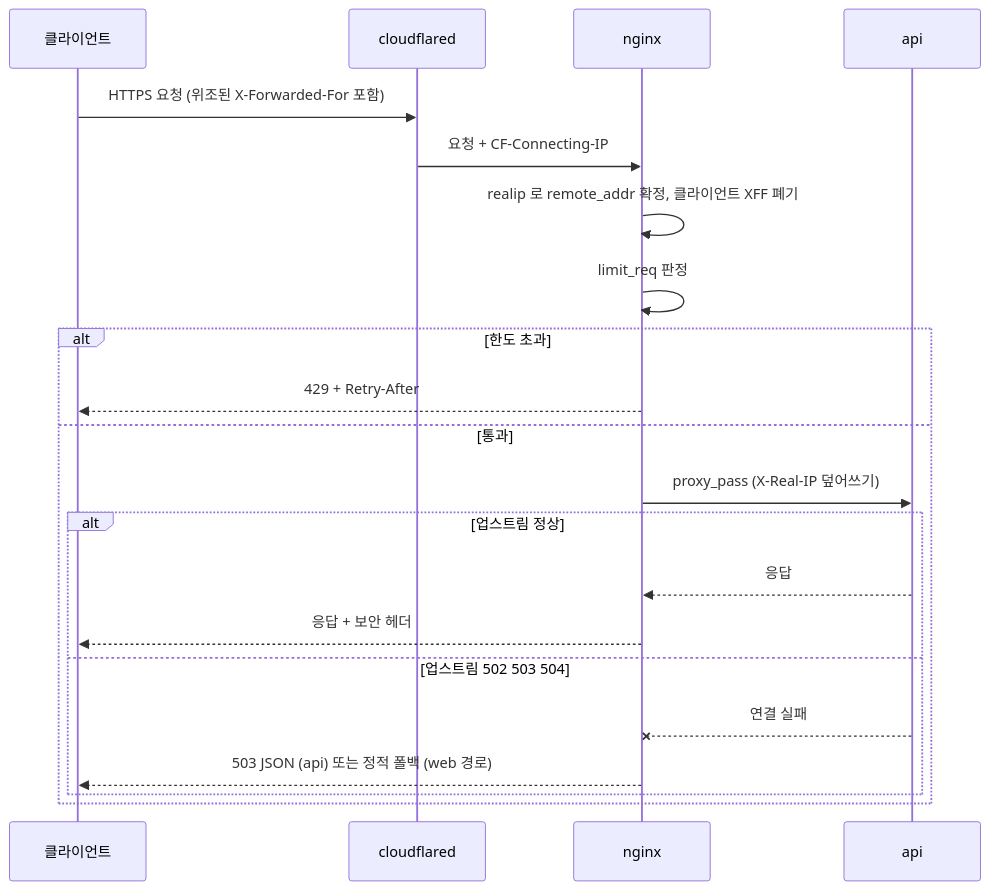
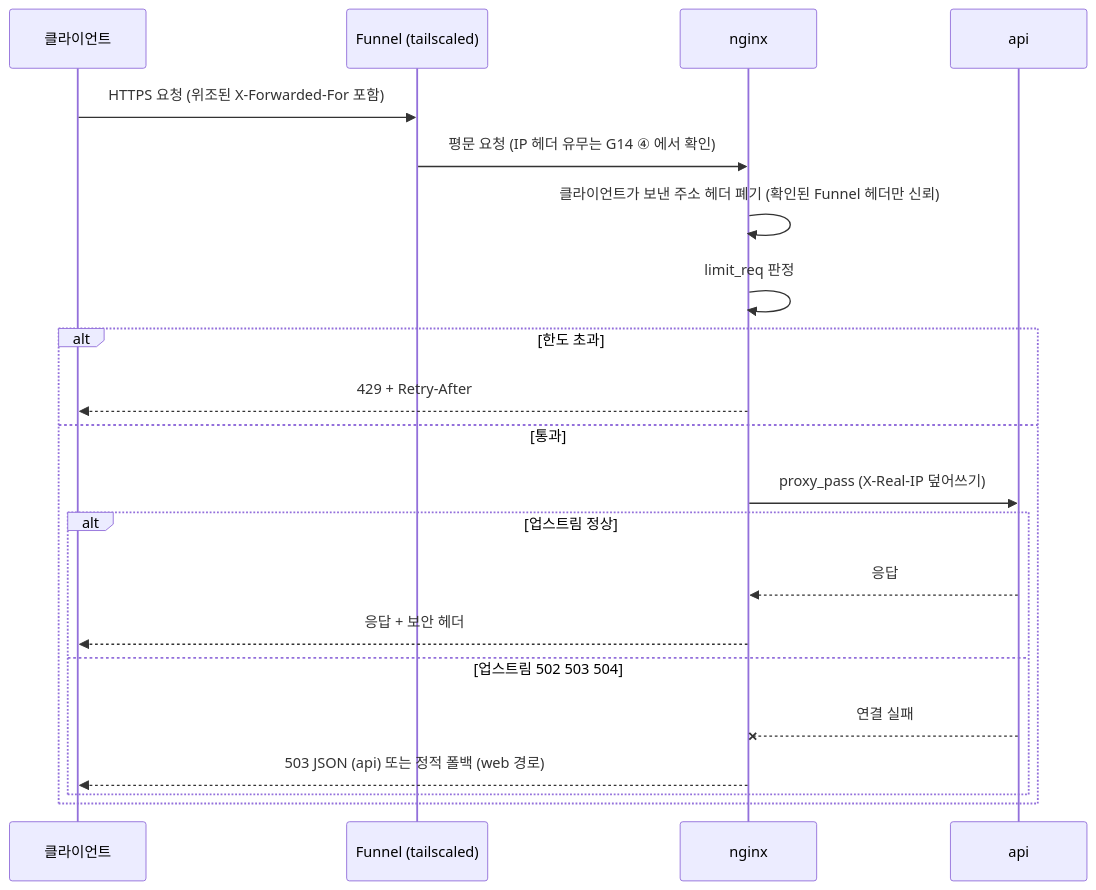
One commit to 1985jwlee/portpolio_backend changed diagram 17 of 41 in docs/design/features/17-ops-observability.md. Above: the diagram before and after it, drawn with Mermaid. The commit also changed other lines of this file and 50 other files, not shown here.

````diff
--- a/docs/design/features/17-ops-observability.md
+++ b/docs/design/features/17-ops-observability.md
@@ -1123,23 +1124,23 @@
 ```mermaid
 sequenceDiagram
     participant C as 클라이언트
-    participant CF as cloudflared
+    participant CF as Funnel (tailscaled)
     participant N as nginx
     participant A as api
     C->>CF: HTTPS 요청 (위조된 X-Forwarded-For 포함)
-    CF->>N: 요청 + CF-Connecting-IP
-    N->>N: realip 로 remote_addr 확정, 클라이언트 XFF 폐기
+    CF->>N: 평문 요청 (IP 헤더 유무는 G14 ④ 에서 확인)
+    N->>N: 클라이언트가 보낸 주소 헤더 폐기 (확인된 Funnel 헤더만 신뢰)
     N->>N: limit_req 판정
     alt 한도 초과
         N-->>C: 429 + Retry-After
     else 통과
         N->>A: proxy_pass (X-Real-IP 덮어쓰기)
         alt 업스트림 정상
             A-->>N: 응답
             N-->>C: 응답 + 보안 헤더
         else 업스트림 502 503 504
             A--xN: 연결 실패
             N-->>C: 503 JSON (api) 또는 정적 폴백 (web 경로)
         end
     end
 ```
````
